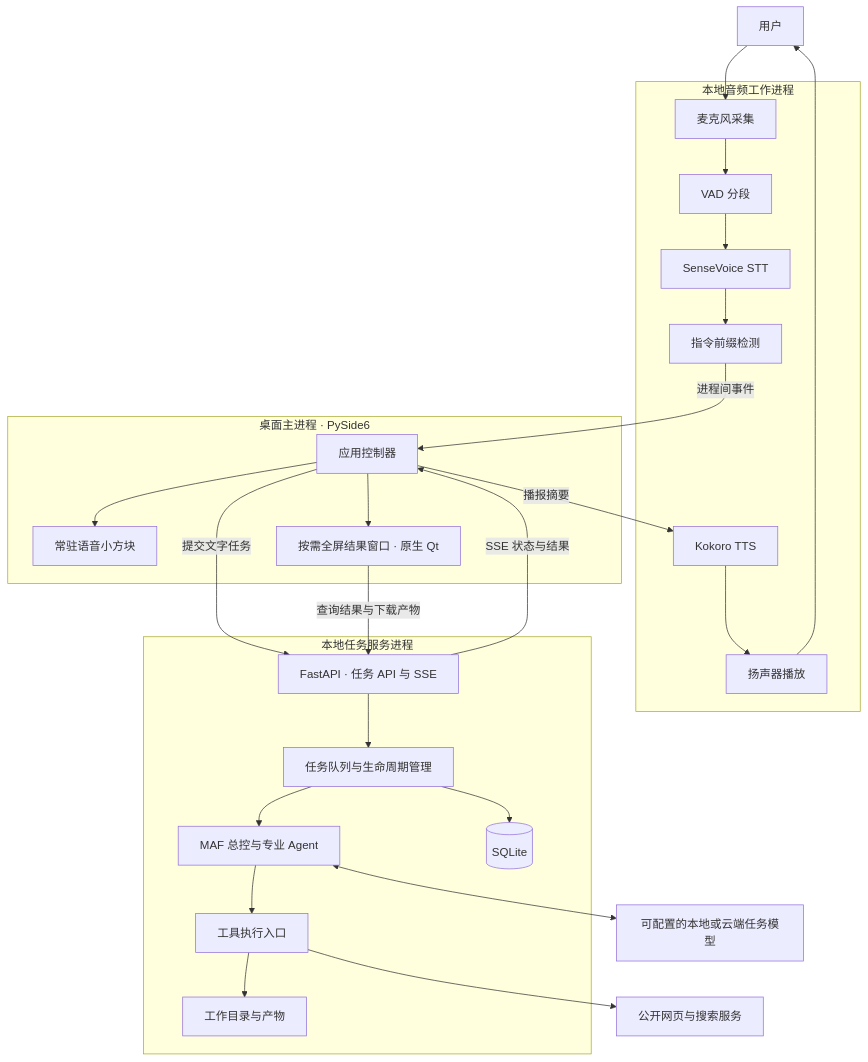
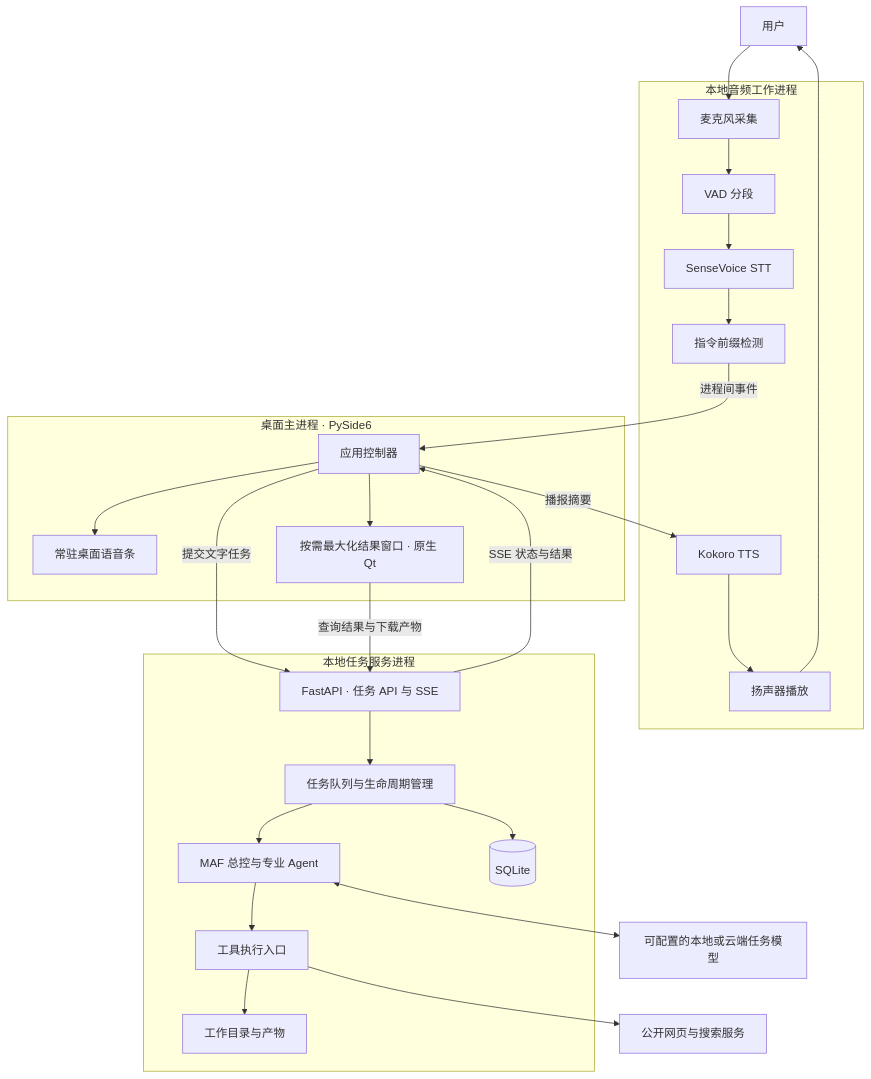
One commit to ecojust/open-JARVIS changed the first of 3 diagrams in README.md. Above: the diagram before and after it, drawn with Mermaid. The commit also changed other lines of this file and 32 other files, not shown here.

````diff
--- a/README.md
+++ b/README.md
@@ -169,42 +170,42 @@
 ```mermaid
 flowchart TB
     U[用户]
     subgraph Desktop[桌面主进程 · PySide6]
-        Tile[常驻语音小方块]
+        Tile[常驻桌面语音条]
         Controller[应用控制器]
-        Result[按需全屏结果窗口 · 原生 Qt]
+        Result[按需最大化结果窗口 · 原生 Qt]
     end
     subgraph Audio[本地音频工作进程]
         Mic[麦克风采集]
         VAD[VAD 分段]
         STT[SenseVoice STT]
         Gate[指令前缀检测]
         TTS[Kokoro TTS]
         Speaker[扬声器播放]
     end
     subgraph Backend[本地任务服务进程]
         API[FastAPI · 任务 API 与 SSE]
         Queue[任务队列与生命周期管理]
         MAF[MAF 总控与专业 Agent]
         Gateway[工具执行入口]
         Store[(SQLite)]
         Files[工作目录与产物]
     end
     LLM[可配置的本地或云端任务模型]
     Web[公开网页与搜索服务]
 
     U --> Mic --> VAD --> STT --> Gate
     Gate -->|进程间事件| Controller
     Controller --> Tile
     Controller -->|提交文字任务| API
     API --> Queue --> MAF
     MAF <--> LLM
     MAF --> Gateway
     Gateway --> Web
     Gateway --> Files
     Queue --> Store
     API -->|SSE 状态与结果| Controller
     Controller --> Result
     Controller -->|播报摘要| TTS --> Speaker --> U
     Result -->|查询结果与下载产物| API
 ```
````
